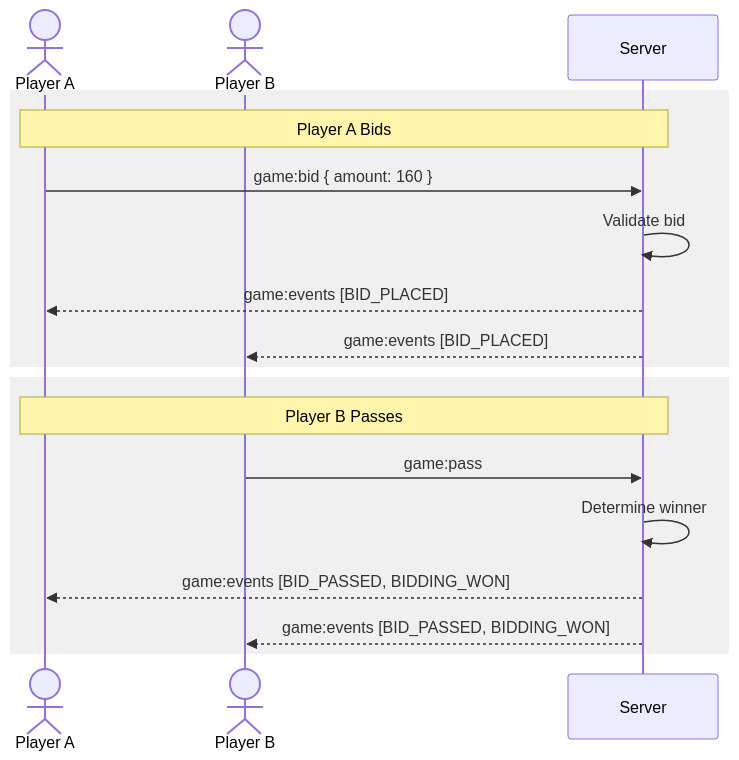
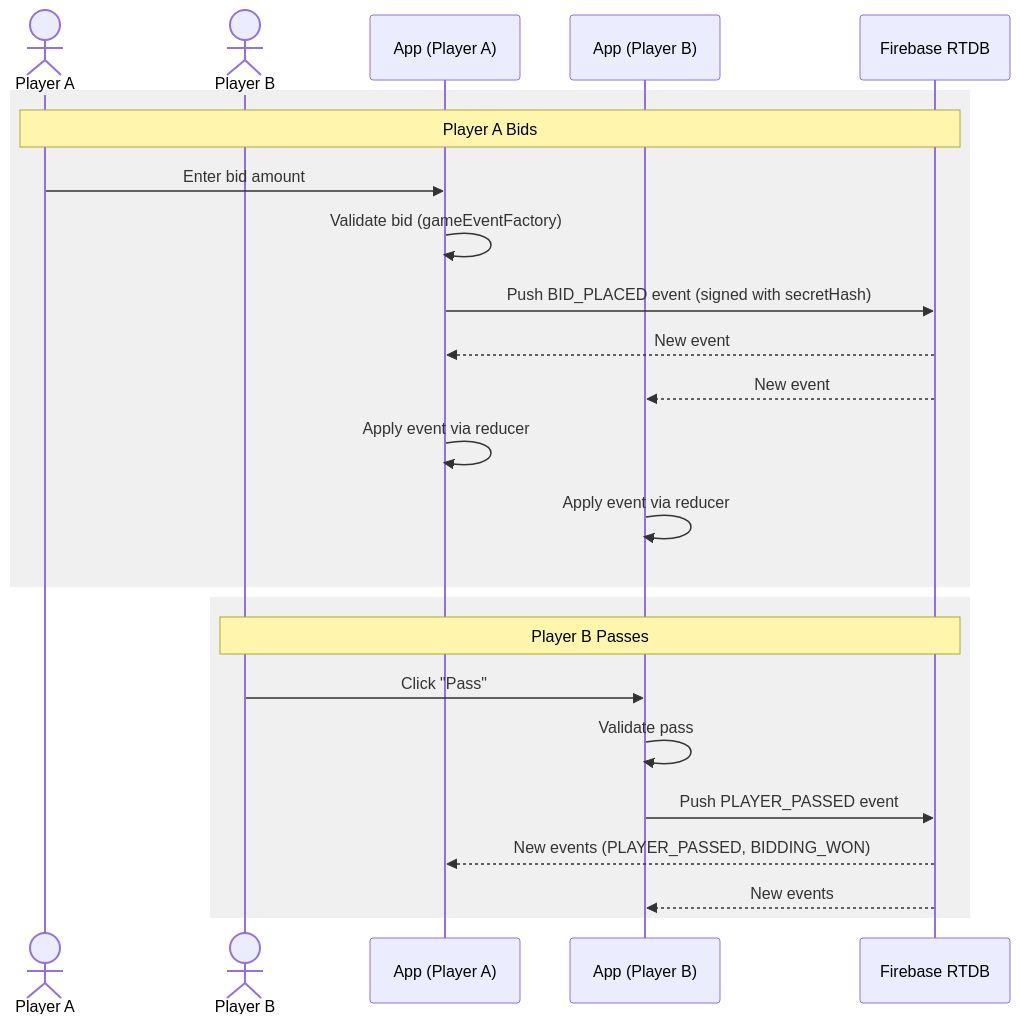
Before and after one commit to deglerj/dabb: the second of 6 diagrams in docs/arc42/06-runtime-view.md, drawn with Mermaid. The commit also changed other lines of this file and 18 other files, not shown here.

First line of the commit message:
docs: update docs for Firebase P2P architecture

````diff
--- a/docs/arc42/06-runtime-view.md
+++ b/docs/arc42/06-runtime-view.md
@@ -40,22 +33,28 @@
 ```mermaid
 sequenceDiagram
     actor playerA as Player A
     actor playerB as Player B
-    participant server as Server
+    participant appA as App (Player A)
+    participant appB as App (Player B)
+    participant firebase as Firebase RTDB
 
     rect rgb(240, 240, 240)
-        Note over playerA, server: Player A Bids
-        playerA->>server: game:bid { amount: 160 }
-        server->>server: Validate bid
-        server-->>playerA: game:events [BID_PLACED]
-        server-->>playerB: game:events [BID_PLACED]
+        Note over playerA, firebase: Player A Bids
+        playerA->>appA: Enter bid amount
+        appA->>appA: Validate bid (gameEventFactory)
+        appA->>firebase: Push BID_PLACED event (signed with secretHash)
+        firebase-->>appA: New event
+        firebase-->>appB: New event
+        appA->>appA: Apply event via reducer
+        appB->>appB: Apply event via reducer
     end
 
     rect rgb(240, 240, 240)
-        Note over playerA, server: Player B Passes
-        playerB->>server: game:pass
-        server->>server: Determine winner
-        server-->>playerA: game:events [BID_PASSED, BIDDING_WON]
-        server-->>playerB: game:events [BID_PASSED, BIDDING_WON]
+        Note over playerB, firebase: Player B Passes
+        playerB->>appB: Click "Pass"
+        appB->>appB: Validate pass
+        appB->>firebase: Push PLAYER_PASSED event
+        firebase-->>appA: New events (PLAYER_PASSED, BIDDING_WON)
+        firebase-->>appB: New events
     end
 ```
````
